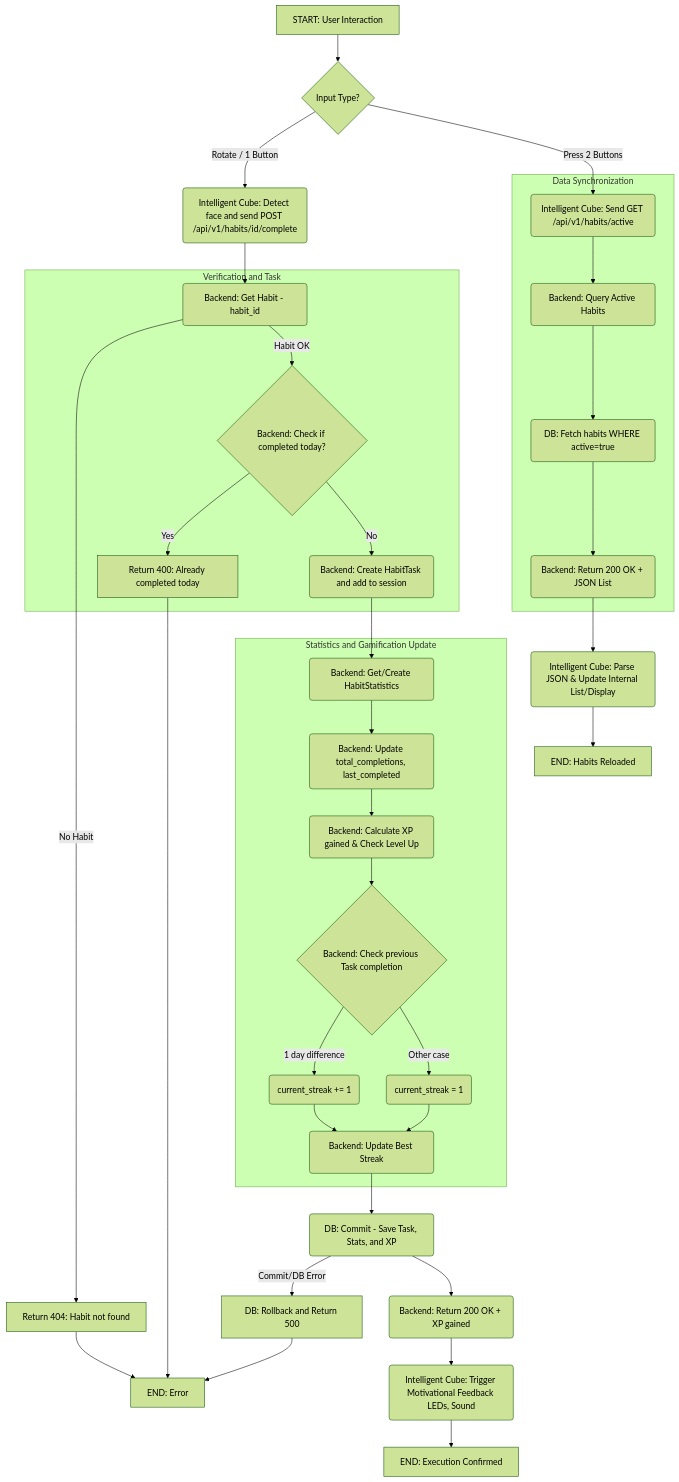
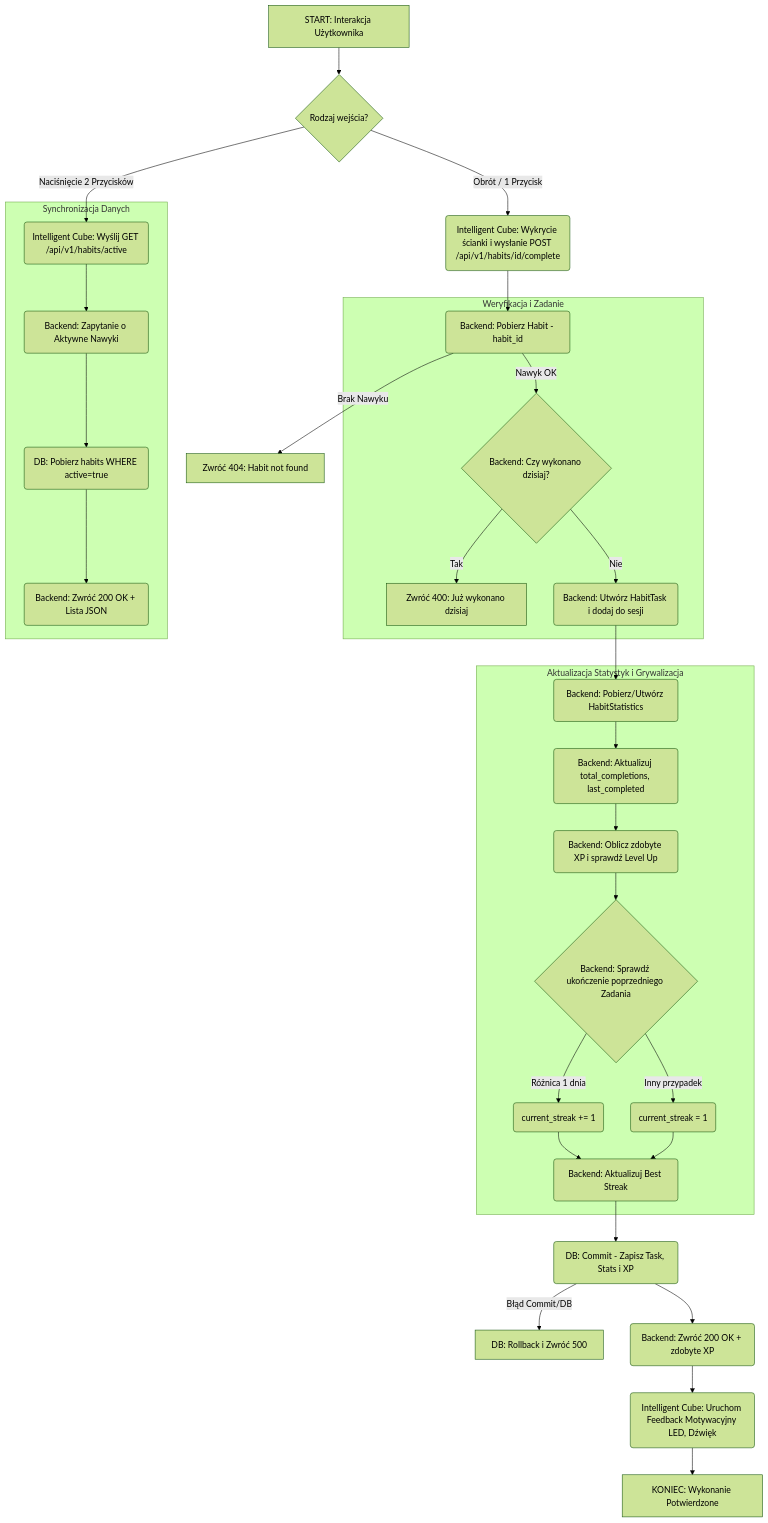
One commit to kurs0n/HabCube changed the second of 4 diagrams in docs/data-flow.md. Above: the diagram before and after it, drawn with Mermaid (forest theme). The commit also changed other lines of this file, not shown here.

First line of the commit message:
Revise data flow diagrams for habit management

````diff
--- a/docs/data-flow.md
+++ b/docs/data-flow.md
@@ -55,51 +55,45 @@
 ```mermaid
 graph TD
-    A[START: User Interaction] --> DECISION{Input Type?}
+    A[START: Interakcja Użytkownika] --> DECISION{Rodzaj wejścia?}
 
     %% --- ŚCIEŻKA 1: WYKONANIE NAWYKU (STARA) ---
-    DECISION -- Rotate / 1 Button --> B(Intelligent Cube: Detect face and send POST /api/v1/habits/id/complete)
-    B --> C(Backend: Get Habit - habit_id)
-    C -- No Habit --> Z404[Return 404: Habit not found]
+    DECISION -- Obrót / 1 Przycisk --> B(Intelligent Cube: Wykrycie ścianki i wysłanie POST /api/v1/habits/id/complete)
+    B --> C(Backend: Pobierz Habit - habit_id)
+    C -- Brak Nawyku --> Z404[Zwróć 404: Habit not found]
 
-    subgraph Verification and Task
-        C -- Habit OK --> D{Backend: Check if completed today?}
-        D -- Yes --> Z400[Return 400: Already completed today]
-        D -- No --> E(Backend: Create HabitTask and add to session)
+    subgraph Weryfikacja i Zadanie
+        C -- Nawyk OK --> D{Backend: Czy wykonano dzisiaj?}
+        D -- Tak --> Z400[Zwróć 400: Już wykonano dzisiaj]
+        D -- Nie --> E(Backend: Utwórz HabitTask i dodaj do sesji)
     end
 
-    subgraph Statistics and Gamification Update
-        E --> F(Backend: Get/Create HabitStatistics)
-        F --> G(Backend: Update total_completions, last_completed)
+    subgraph Aktualizacja Statystyk i Grywalizacja
+        E --> F(Backend: Pobierz/Utwórz HabitStatistics)
+        F --> G(Backend: Aktualizuj total_completions, last_completed)
         
         %% GAMIFICATION
-        G --> G1(Backend: Calculate XP gained & Check Level Up)
+        G --> G1(Backend: Oblicz zdobyte XP i sprawdź Level Up)
         
-        G1 --> H{Backend: Check previous Task completion}
-        H -- 1 day difference --> I(current_streak += 1)
-        H -- Other case --> J(current_streak = 1)
-        I --> K(Backend: Update Best Streak)
+        G1 --> H{Backend: Sprawdź ukończenie poprzedniego Zadania}
+        H -- Różnica 1 dnia --> I(current_streak += 1)
+        H -- Inny przypadek --> J(current_streak = 1)
+        I --> K(Backend: Aktualizuj Best Streak)
         J --> K
     end
 
-    K --> L(DB: Commit - Save Task, Stats, and XP)
-    L -- Commit/DB Error --> Z500[DB: Rollback and Return 500]
+    K --> L(DB: Commit - Zapisz Task, Stats i XP)
+    L -- Błąd Commit/DB --> Z500[DB: Rollback i Zwróć 500]
 
-    L --> M(Backend: Return 200 OK + XP gained)
-    M --> N(Intelligent Cube: Trigger Motivational Feedback LEDs, Sound)
-    N --> O[END: Execution Confirmed]
+    L --> M(Backend: Zwróć 200 OK + zdobyte XP)
+    M --> N(Intelligent Cube: Uruchom Feedback Motywacyjny LED, Dźwięk)
+    N --> O[KONIEC: Wykonanie Potwierdzone]
 
     %% --- ŚCIEŻKA 2: POBRANIE LISTY NAWYKÓW (NOWA) ---
-    DECISION -- Press 2 Buttons --> REQ_FETCH(Intelligent Cube: Send GET /api/v1/habits/active)
+    DECISION -- Naciśnięcie 2 Przycisków --> REQ_FETCH(Intelligent Cube: Wyślij GET /api/v1/habits/active)
     
-    subgraph Data Synchronization
-        REQ_FETCH --> BE_FETCH(Backend: Query Active Habits)
-        BE_FETCH --> DB_FETCH(DB: Fetch habits WHERE active=true)
-        DB_FETCH --> RESP_FETCH(Backend: Return 200 OK + JSON List)
+    subgraph Synchronizacja Danych
+        REQ_FETCH --> BE_FETCH(Backend: Zapytanie o Aktywne Nawyki)
+        BE_FETCH --> DB_FETCH(DB: Pobierz habits WHERE active=true)
+        DB_FETCH --> RESP_FETCH(Backend: Zwróć 200 OK + Lista JSON)
     end
-
-    RESP_FETCH --> CUBE_UPDATE(Intelligent Cube: Parse JSON & Update Internal List/Display)
-    CUBE_UPDATE --> END_FETCH[END: Habits Reloaded]
-    Z404 --> ZK[END: Error]
-    Z400 --> ZK
-    Z500 --> ZK
 ```
````
